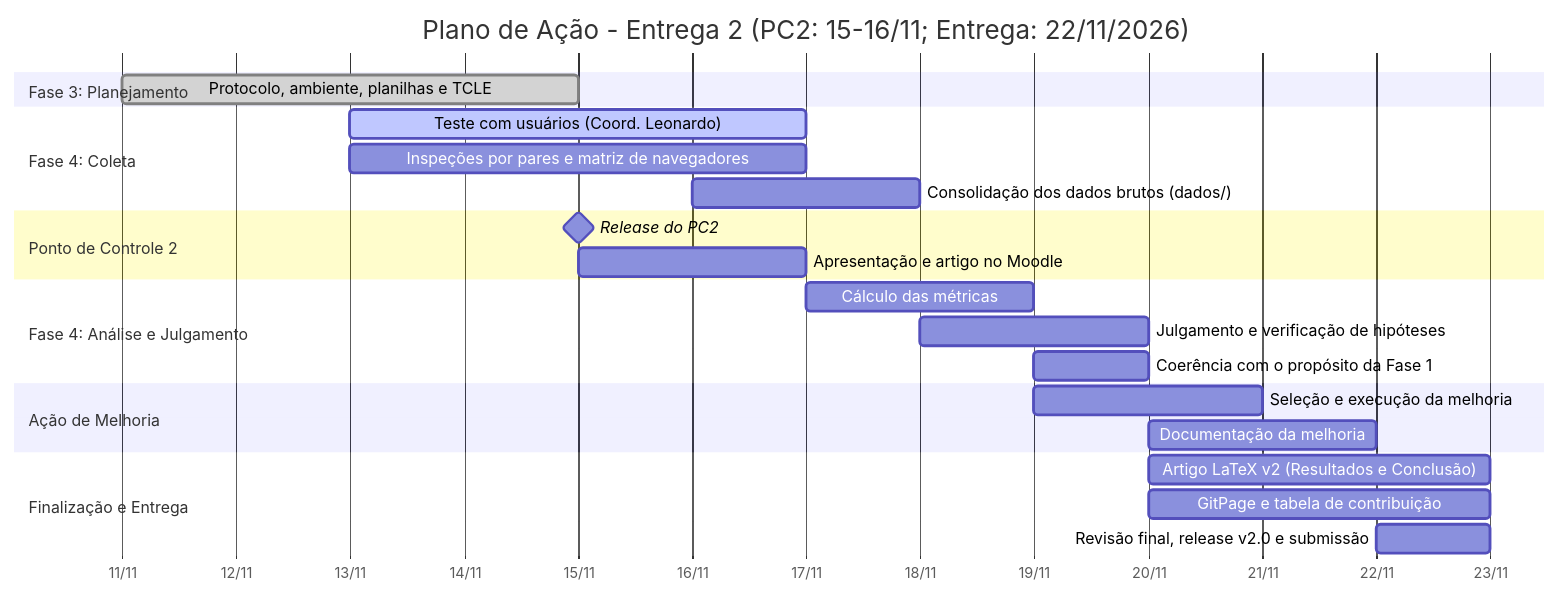
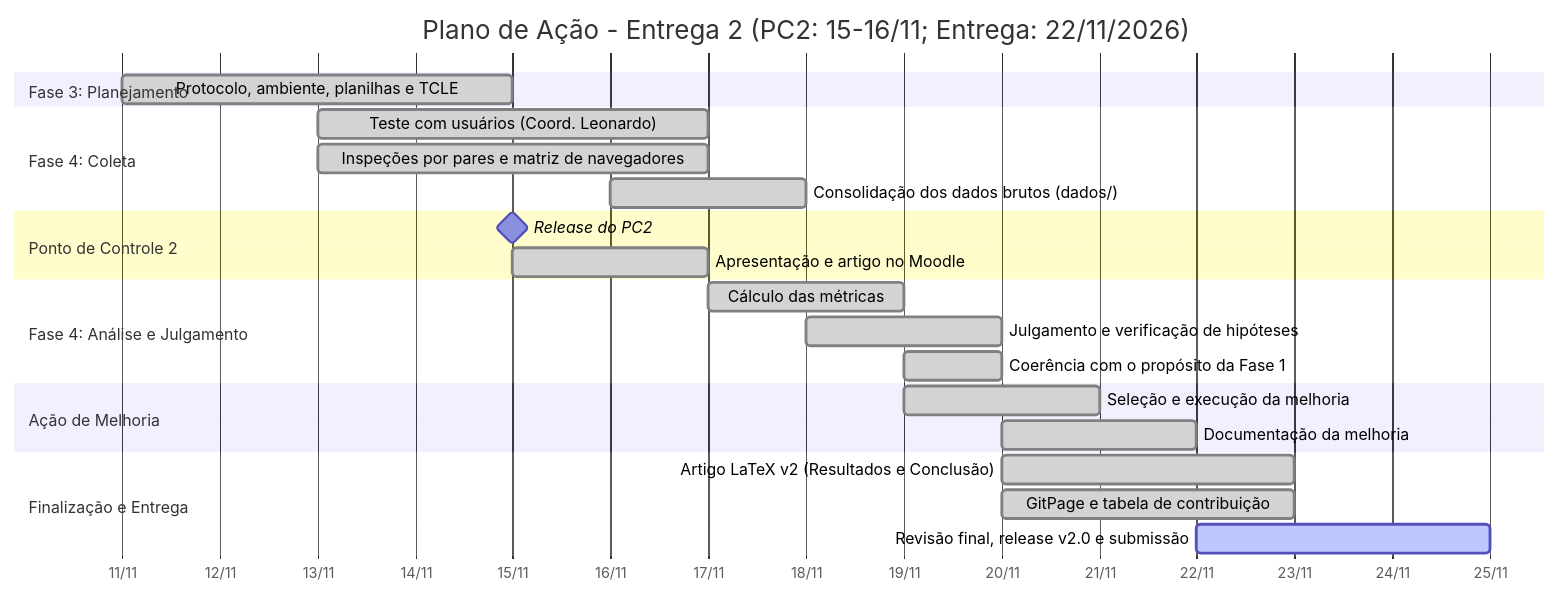
The diagram in docs/fase-3/cronograma.md (FCTE-Qualidade-de-Software-1/2026-2_T02_ADELE_GOLDSTINE), drawn with Mermaid before and after one commit. The commit also changed other lines of this file, not shown here.

First line of the commit message:
[D14] Atualiza o cronograma da Entrega 2 com o realizado

````diff
--- a/docs/fase-3/cronograma.md
+++ b/docs/fase-3/cronograma.md
@@ -15,27 +15,27 @@
 ```mermaid
 gantt
     title Plano de Ação - Entrega 2 (PC2: 15-16/11; Entrega: 22/11/2026)
     dateFormat  YYYY-MM-DD
     axisFormat  %d/%m
     inclusiveEndDates
     section Fase 3: Planejamento
     Protocolo, ambiente, planilhas e TCLE       :done, 2026-11-11, 2026-11-14
     section Fase 4: Coleta
-    Teste com usuários (Coord. Leonardo)        :active, 2026-11-13, 2026-11-16
-    Inspeções por pares e matriz de navegadores :2026-11-13, 2026-11-16
-    Consolidação dos dados brutos (dados/)      :2026-11-16, 2026-11-17
+    Teste com usuários (Coord. Leonardo)        :done, 2026-11-13, 2026-11-16
+    Inspeções por pares e matriz de navegadores :done, 2026-11-13, 2026-11-16
+    Consolidação dos dados brutos (dados/)      :done, 2026-11-16, 2026-11-17
     section Ponto de Controle 2
     Release do PC2                              :milestone, 2026-11-15, 0d
-    Apresentação e artigo no Moodle             :2026-11-15, 2026-11-16
+    Apresentação e artigo no Moodle             :done, 2026-11-15, 2026-11-16
     section Fase 4: Análise e Julgamento
-    Cálculo das métricas                        :2026-11-17, 2026-11-18
-    Julgamento e verificação de hipóteses       :2026-11-18, 2026-11-19
-    Coerência com o propósito da Fase 1         :2026-11-19, 2026-11-19
+    Cálculo das métricas                        :done, 2026-11-17, 2026-11-18
+    Julgamento e verificação de hipóteses       :done, 2026-11-18, 2026-11-19
+    Coerência com o propósito da Fase 1         :done, 2026-11-19, 2026-11-19
     section Ação de Melhoria
-    Seleção e execução da melhoria              :2026-11-19, 2026-11-20
-    Documentação da melhoria                    :2026-11-20, 2026-11-21
+    Seleção e execução da melhoria              :done, 2026-11-19, 2026-11-20
+    Documentação da melhoria                    :done, 2026-11-20, 2026-11-21
     section Finalização e Entrega
-    Artigo LaTeX v2 (Resultados e Conclusão)    :2026-11-20, 2026-11-22
-    GitPage e tabela de contribuição            :2026-11-20, 2026-11-22
-    Revisão final, release v2.0 e submissão     :2026-11-22, 2026-11-22
+    Artigo LaTeX v2 (Resultados e Conclusão)    :done, 2026-11-20, 2026-11-22
+    GitPage e tabela de contribuição            :done, 2026-11-20, 2026-11-22
+    Revisão final, release v2.0 e submissão     :active, 2026-11-22, 2026-11-24
 ```
````
